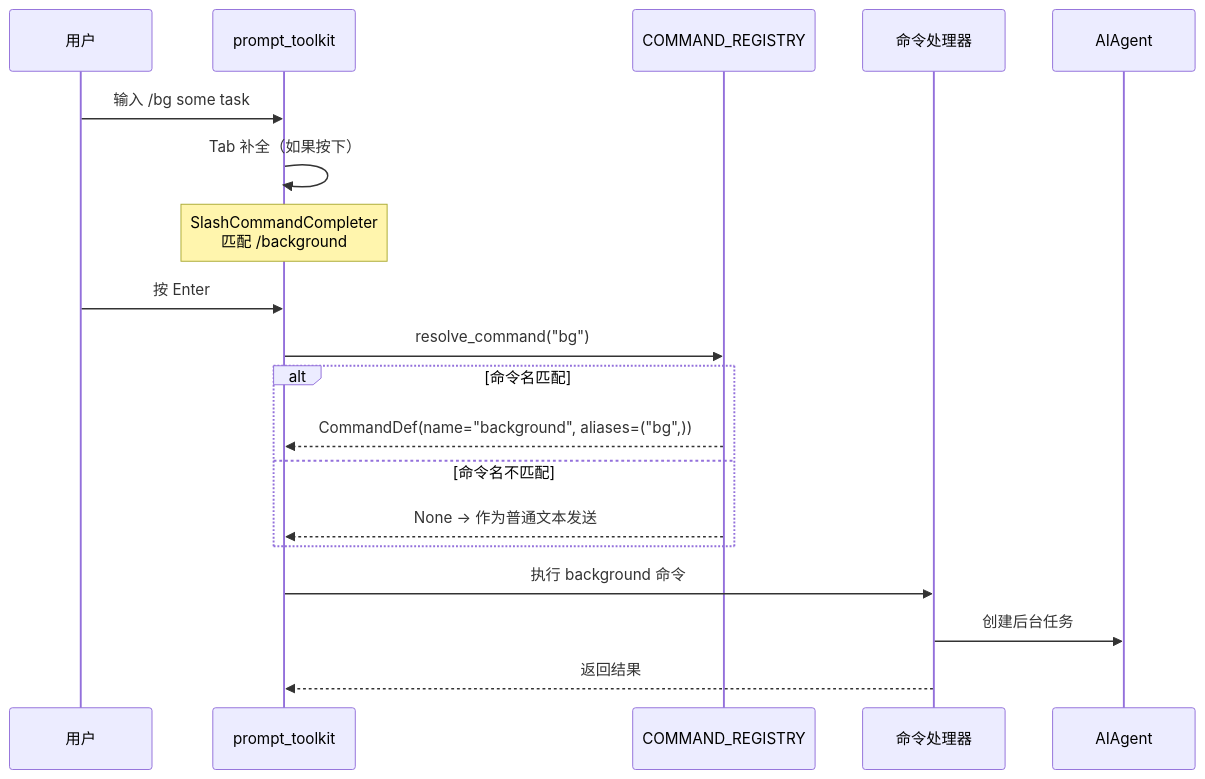
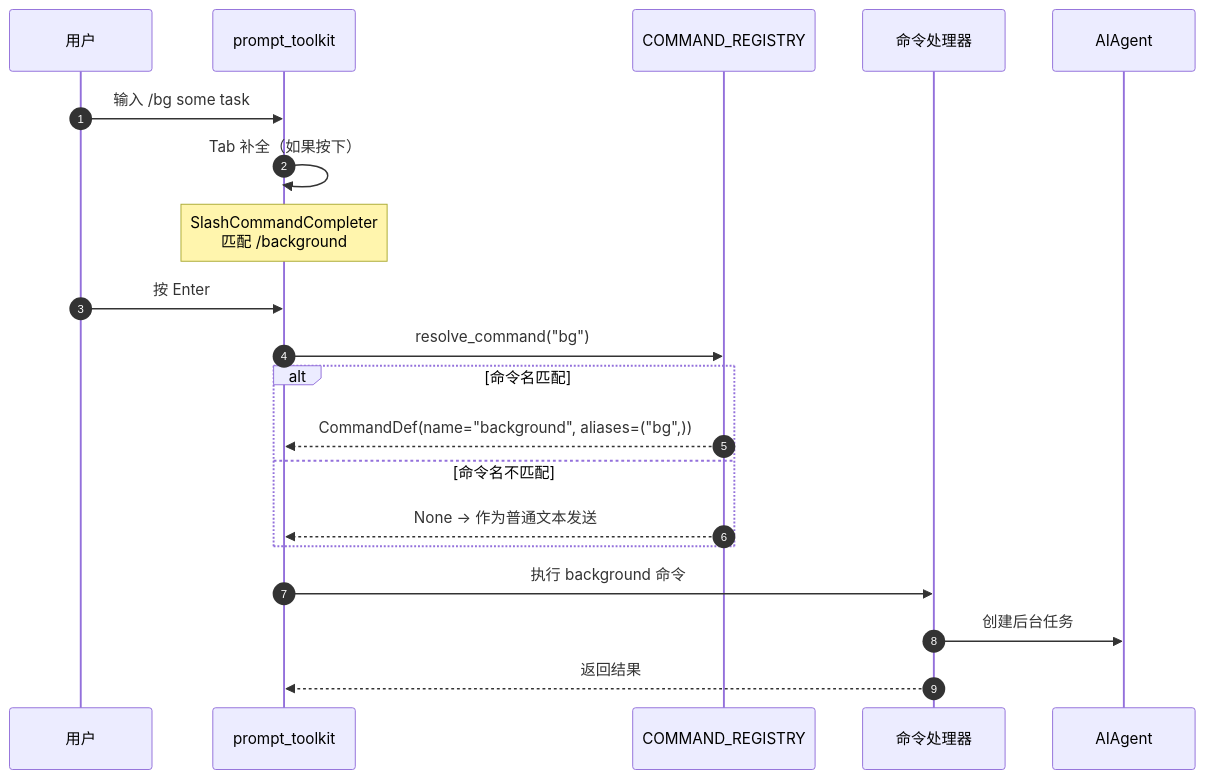
Before and after one commit to pty819/hermes-docs: the third of 5 diagrams in chapters/cli-ui.rst, drawn with Mermaid. The commit also changed 27 other files, not shown here.

```diff
--- a/chapters/cli-ui.rst
+++ b/chapters/cli-ui.rst
@@ -299,27 +299,28 @@
 .. mermaid::
    :name: cli-slash-resolution
    :caption: Slash 命令解析流程
 
    sequenceDiagram
+       autonumber
        participant User as 用户
        participant PT as prompt_toolkit
        participant CR as COMMAND_REGISTRY
        participant Handler as 命令处理器
        participant Agent as AIAgent
 
        User->>PT: 输入 /bg some task
        PT->>PT: Tab 补全（如果按下）
        Note over PT: SlashCommandCompleter<br/>匹配 /background
 
        User->>PT: 按 Enter
        PT->>CR: resolve_command("bg")
 
        alt 命令名匹配
            CR-->>PT: CommandDef(name="background", aliases=("bg",))
        else 命令名不匹配
            CR-->>PT: None → 作为普通文本发送
        end
 
        PT->>Handler: 执行 background 命令
        Handler->>Agent: 创建后台任务
        Handler-->>PT: 返回结果
```
